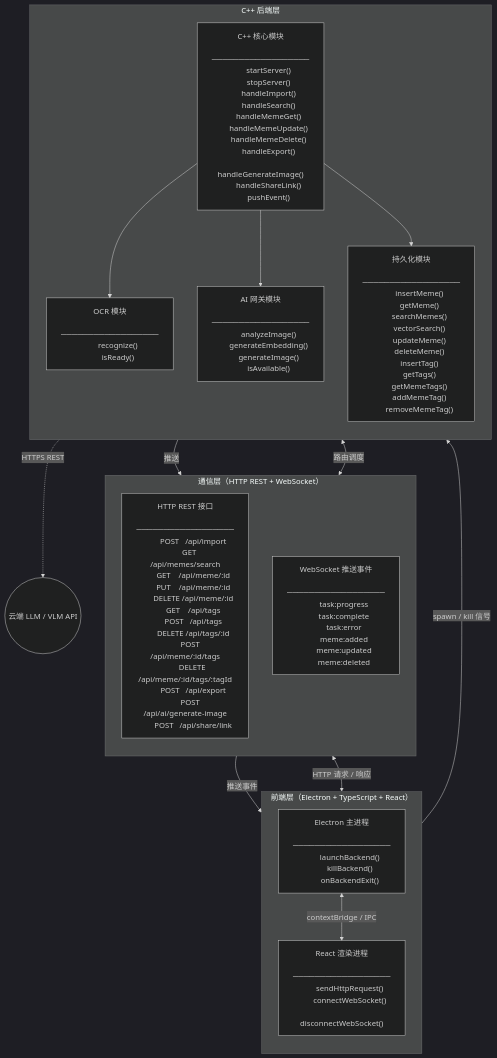
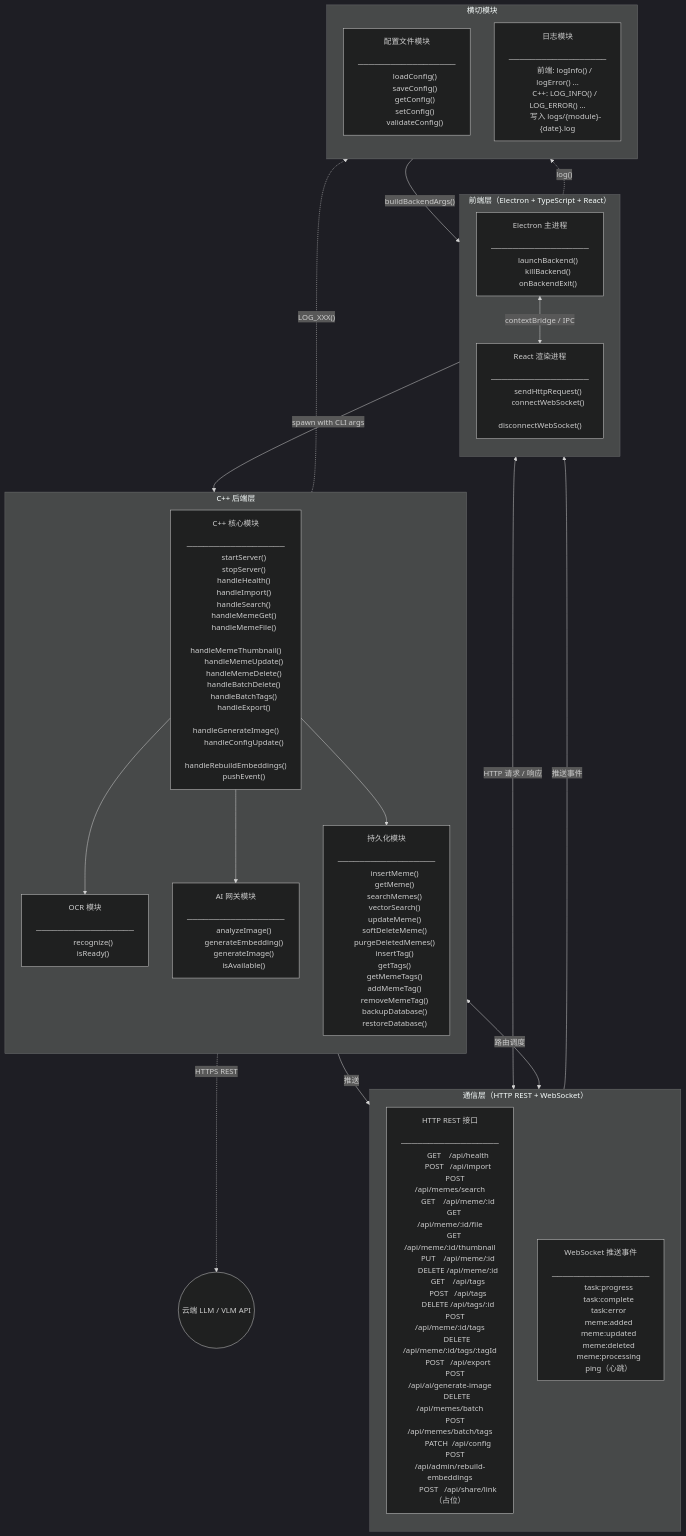
The diagram in docs/Arch.md (MintITes/QuickMemes), drawn with Mermaid (dark theme) before and after one commit. The commit also changed other lines of this file and 7 other files, not shown here.

````diff
--- a/docs/Arch.md
+++ b/docs/Arch.md
@@ -46,9 +57,12 @@
         direction TB
         HTTP_API["HTTP REST 接口
         ──────────────────
+        GET    /api/health
         POST   /api/import
-        GET    /api/memes/search
+        POST   /api/memes/search
         GET    /api/meme/:id
+        GET    /api/meme/:id/file
+        GET    /api/meme/:id/thumbnail
         PUT    /api/meme/:id
         DELETE /api/meme/:id
         GET    /api/tags
@@ -58,7 +72,11 @@
         DELETE /api/meme/:id/tags/:tagId
         POST   /api/export
         POST   /api/ai/generate-image
-        POST   /api/share/link"]
+        DELETE /api/memes/batch
+        POST   /api/memes/batch/tags
+        PATCH  /api/config
+        POST   /api/admin/rebuild-embeddings
+        POST   /api/share/link（占位）"]
         WS["WebSocket 推送事件
         ──────────────────
         task:progress
@@ -66,7 +84,9 @@
         task:error
         meme:added
         meme:updated
-        meme:deleted"]
+        meme:deleted
+        meme:processing
+        ping（心跳）"]
     end
 
     %% ── C++ 后端层 ──
@@ -76,14 +96,20 @@
         ──────────────────
         startServer()
         stopServer()
+        handleHealth()
         handleImport()
         handleSearch()
         handleMemeGet()
+        handleMemeFile()
+        handleMemeThumbnail()
         handleMemeUpdate()
         handleMemeDelete()
+        handleBatchDelete()
+        handleBatchTags()
         handleExport()
         handleGenerateImage()
-        handleShareLink()
+        handleConfigUpdate()
+        handleRebuildEmbeddings()
         pushEvent()"]
 
         OCR_MOD["OCR 模块
@@ -105,26 +131,50 @@
         searchMemes()
         vectorSearch()
         updateMeme()
-        deleteMeme()
+        softDeleteMeme()
+        purgeDeletedMemes()
         insertTag()
         getTags()
         getMemeTags()
         addMemeTag()
-        removeMemeTag()"]
+        removeMemeTag()
+        backupDatabase()
+        restoreDatabase()"]
 
         CORE --> OCR_MOD
         CORE --> AI_MOD
         CORE --> DB_MOD
     end
 
+    %% ── 横切模块 ──
+    subgraph CROSS ["横切模块"]
+        direction TB
+        CONFIG_MOD["配置文件模块
+        ──────────────────
+        loadConfig()
+        saveConfig()
+        getConfig()
+        setConfig()
+        validateConfig()"]
+
+        LOGGER_MOD["日志模块
+        ──────────────────
+        前端: logInfo() / logError() ...
+        C++: LOG_INFO() / LOG_ERROR() ...
+        写入 logs/{module}-{date}.log"]
+    end
+
     %% ── 外部服务 ──
     CLOUD(("云端 LLM / VLM API"))
 
     %% ── 连接关系 ──
-    ELECTRON -->|"spawn / kill 信号"| CORE
+    ELECTRON -->|"spawn with CLI args"| CORE
+    CONFIG_MOD -->|"buildBackendArgs()"| ELECTRON
     REACT <-->|"HTTP 请求 / 响应"| HTTP_API
     WS -->|"推送事件"| REACT
     HTTP_API <-->|"路由调度"| CORE
     CORE -->|"推送"| WS
     AI_MOD -.->|"HTTPS REST"| CLOUD
+    FRONT -.->|"log()"| LOGGER_MOD
+    BACKEND -.->|"LOG_XXX()"| LOGGER_MOD
 ```
````
